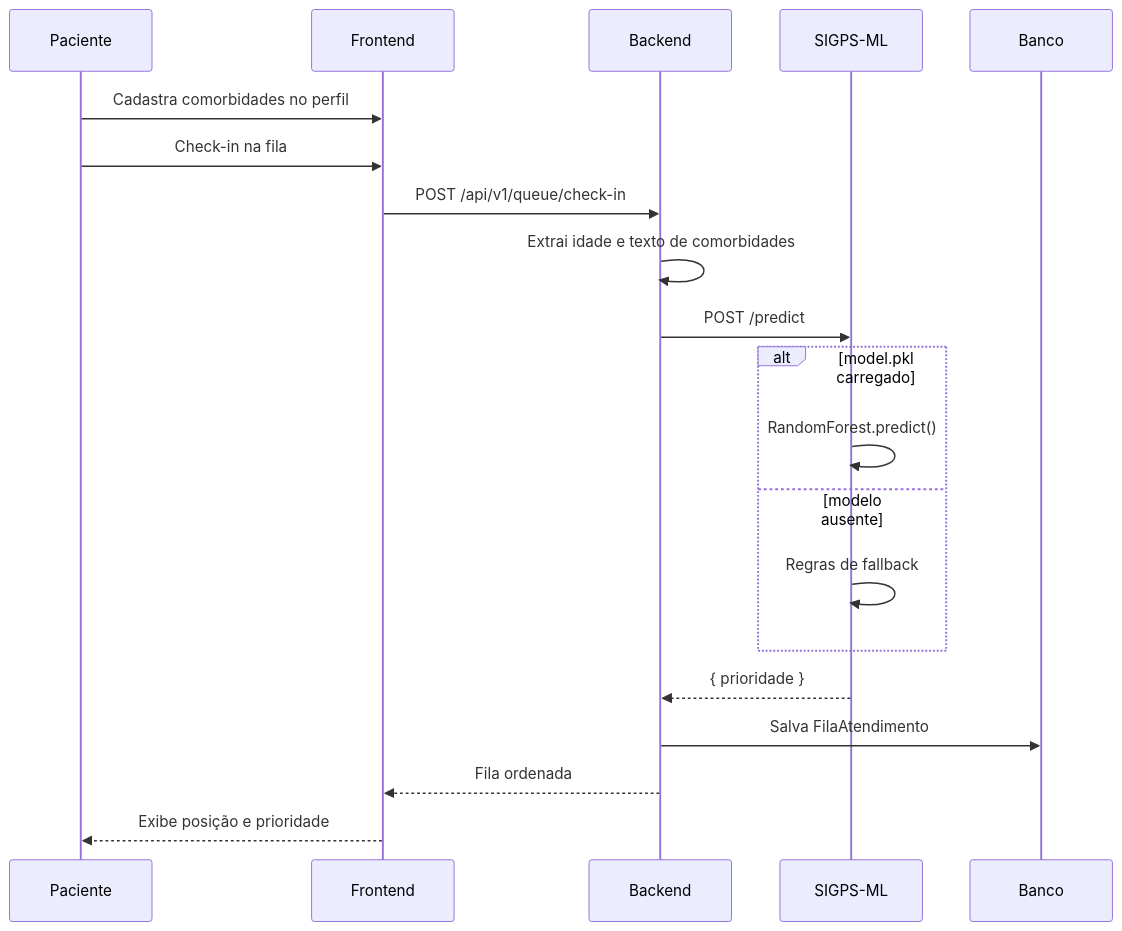
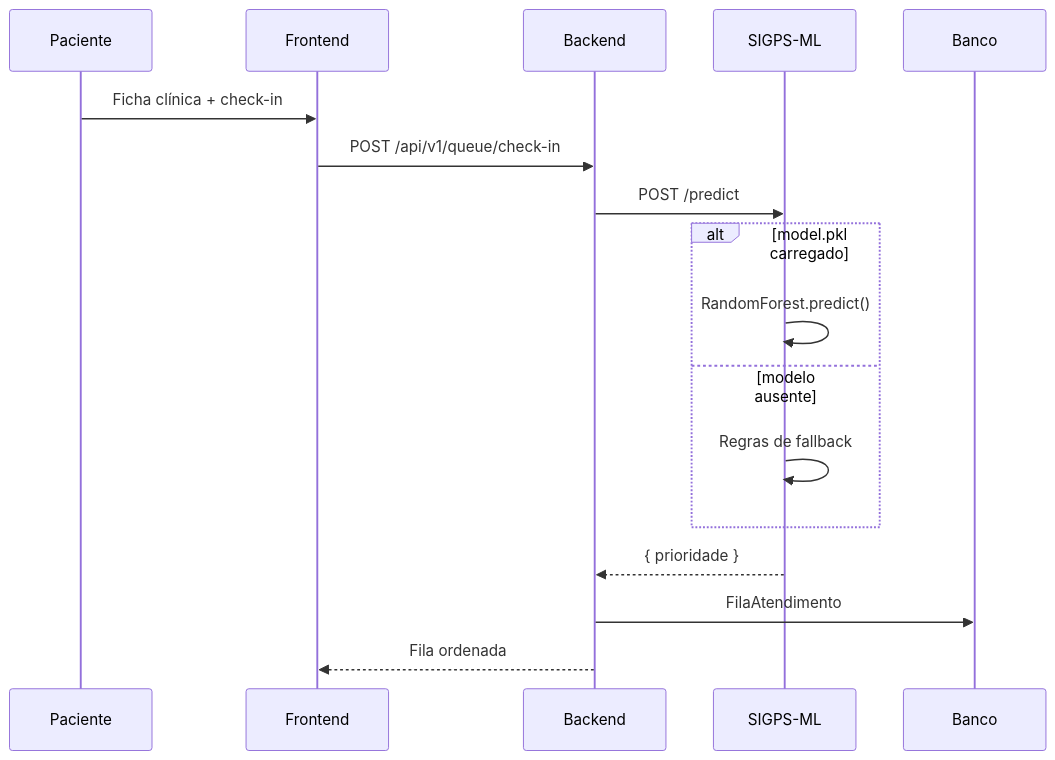
One commit to TCC-SIGPS/SIGPS-Machine-Learning changed the second of 2 diagrams in README.md. Above: the diagram before and after it, drawn with Mermaid. The commit also changed other lines of this file and 26 other files, not shown here.

````diff
--- a/README.md
+++ b/README.md
@@ -213,23 +618,20 @@
 ```mermaid
 sequenceDiagram
     participant Pac as Paciente
     participant FE as Frontend
     participant BE as Backend
     participant ML as SIGPS-ML
     participant DB as Banco
 
-    Pac->>FE: Cadastra comorbidades no perfil
-    Pac->>FE: Check-in na fila
+    Pac->>FE: Ficha clínica + check-in
     FE->>BE: POST /api/v1/queue/check-in
-    BE->>BE: Extrai idade e texto de comorbidades
     BE->>ML: POST /predict
     alt model.pkl carregado
         ML->>ML: RandomForest.predict()
     else modelo ausente
         ML->>ML: Regras de fallback
     end
     ML-->>BE: { prioridade }
-    BE->>DB: Salva FilaAtendimento
+    BE->>DB: FilaAtendimento
     BE-->>FE: Fila ordenada
-    FE-->>Pac: Exibe posição e prioridade
 ```
````
